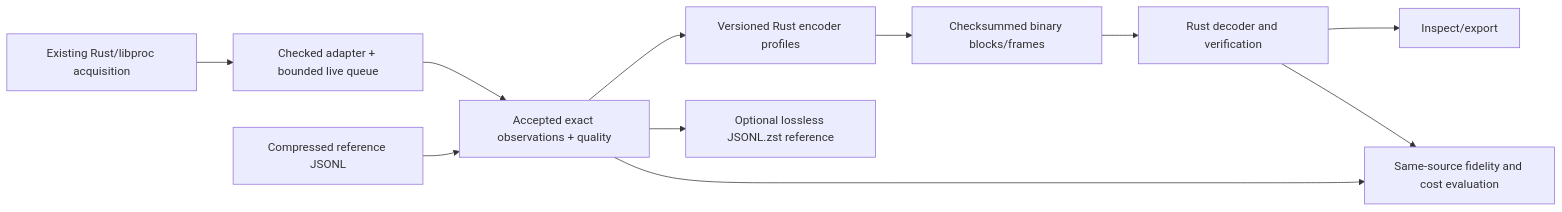
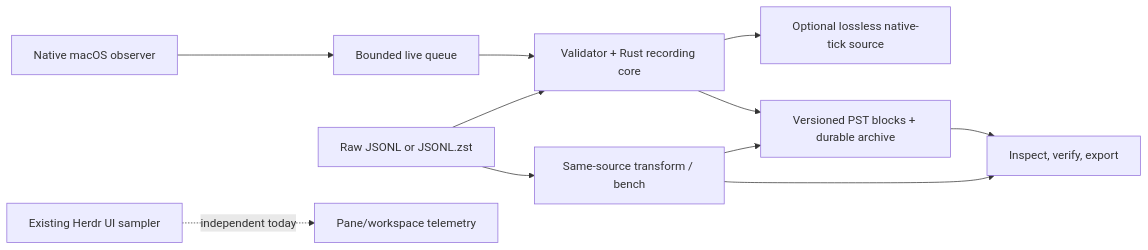
Before and after one commit to unphased/vim-config: the diagram in herdr-plugins/pane-load/RECORDING_PLAN.md, drawn with Mermaid. The commit also changed other lines of this file and 10 other files, not shown here.

````diff
--- a/herdr-plugins/pane-load/RECORDING_PLAN.md
+++ b/herdr-plugins/pane-load/RECORDING_PLAN.md
@@ -11,13 +9,13 @@
 ```mermaid
 flowchart LR
-  OS[Existing Rust/libproc acquisition] --> Q[Checked adapter + bounded live queue]
-  Q --> O[Accepted exact observations + quality]
-  J[Compressed reference JSONL] --> O
-  O --> E[Versioned Rust encoder profiles]
-  O --> R[Optional lossless JSONL.zst reference]
-  E --> B[Checksummed binary blocks/frames]
-  B --> D[Rust decoder and verification]
-  D --> I[Inspect/export]
-  O --> V[Same-source fidelity and cost evaluation]
-  D --> V
+  OS[Native macOS observer] --> Q[Bounded live queue]
+  Q --> C[Validator + Rust recording core]
+  J[Raw JSONL or JSONL.zst] --> C
+  C --> R[Optional lossless native-tick source]
+  C --> B[Versioned PST blocks + durable archive]
+  B --> I[Inspect, verify, export]
+  J --> T[Same-source transform / bench]
+  T --> B
+  T --> I
+  UI[Existing Herdr UI sampler] -. independent today .-> Herdr[Pane/workspace telemetry]
 ```
````
